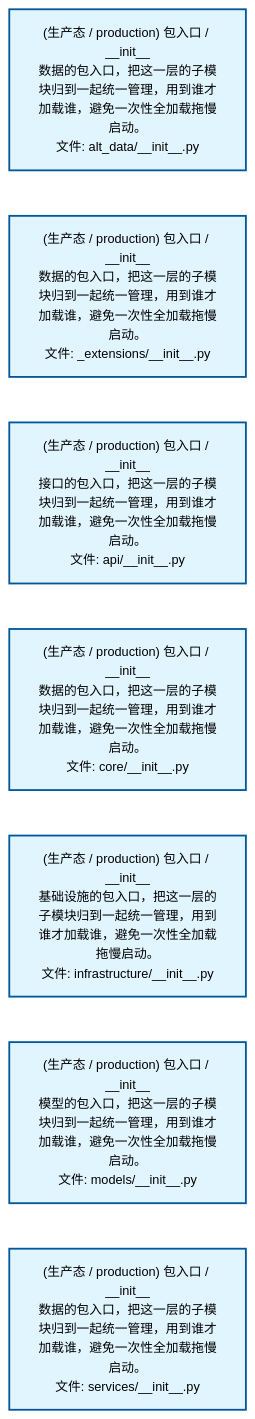
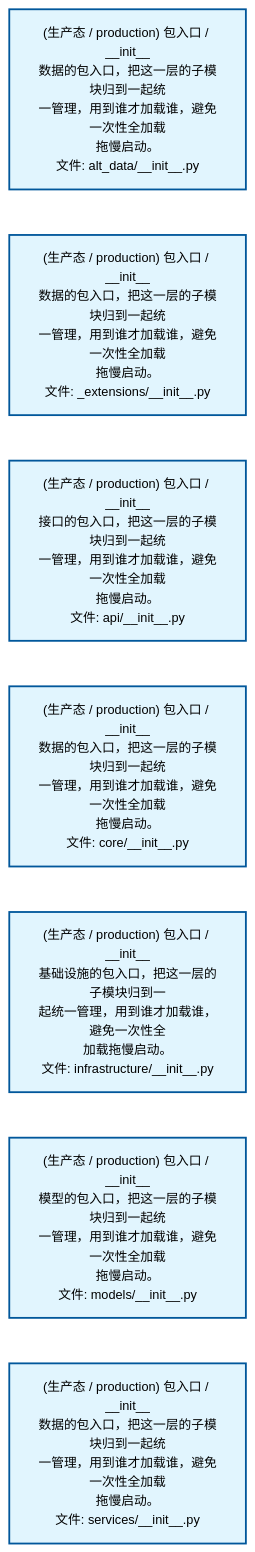
The first of 2 diagrams in docs/02_enterprise_architecture/02_domain_architecture_docs/09_d_alt_data.md (xuanFelixVan/ZephyrAlpha), drawn with Mermaid before and after one commit. The commit also changed other lines of this file and 59 other files, not shown here.

````diff
--- a/docs/02_enterprise_architecture/02_domain_architecture_docs/09_d_alt_data.md
+++ b/docs/02_enterprise_architecture/02_domain_architecture_docs/09_d_alt_data.md
@@ -53,22 +53,22 @@
 ```mermaid
 %%{init: {'theme': 'base', 'themeVariables': {'primaryColor': '#eaeaea', 'primaryTextColor': '#333333', 'primaryBorderColor': '#666666', 'lineColor': '#666666', 'secondaryColor': '#eaeaea', 'tertiaryColor': '#eaeaea', 'fontSize': '14px'}}}%%
 flowchart TD
-    src_zephyr_alt_data_init_py["(生产态 / production) 包入口 / __init__<br/>数据的包入口，把这一层的子模块归到一起统一管理，用到谁才加载谁，避免一次性全加载拖慢启动。<br/>文件: alt_data/__init__.py"]
-    src_zephyr_alt_data_extensions_init_py["(生产态 / production) 包入口 / __init__<br/>数据的包入口，把这一层的子模块归到一起统一管理，用到谁才加载谁，避免一次性全加载拖慢启动。<br/>文件: _extensions/__init__.py"]
-    src_zephyr_alt_data_api_init_py["(生产态 / production) 包入口 / __init__<br/>接口的包入口，把这一层的子模块归到一起统一管理，用到谁才加载谁，避免一次性全加载拖慢启动。<br/>文件: api/__init__.py"]
-    src_zephyr_alt_data_core_init_py["(生产态 / production) 包入口 / __init__<br/>数据的包入口，把这一层的子模块归到一起统一管理，用到谁才加载谁，避免一次性全加载拖慢启动。<br/>文件: core/__init__.py"]
-    src_zephyr_alt_data_infrastructure_init_py["(生产态 / production) 包入口 / __init__<br/>基础设施的包入口，把这一层的子模块归到一起统一管理，用到谁才加载谁，避免一次性全加载拖慢启动。<br/>文件: infrastructure/__init__.py"]
-    src_zephyr_alt_data_models_init_py["(生产态 / production) 包入口 / __init__<br/>模型的包入口，把这一层的子模块归到一起统一管理，用到谁才加载谁，避免一次性全加载拖慢启动。<br/>文件: models/__init__.py"]
-    src_zephyr_alt_data_services_init_py["(生产态 / production) 包入口 / __init__<br/>数据的包入口，把这一层的子模块归到一起统一管理，用到谁才加载谁，避免一次性全加载拖慢启动。<br/>文件: services/__init__.py"]
+    src_zephyr_alt_data_init_py["(生产态 / production) 包入口 / __init__<br/>数据的包入口，把这一层的子模块归到一起统<br/>一管理，用到谁才加载谁，避免一次性全加载<br/>拖慢启动。<br/>文件: alt_data/__init__.py"]
+    src_zephyr_alt_data_extensions_init_py["(生产态 / production) 包入口 / __init__<br/>数据的包入口，把这一层的子模块归到一起统<br/>一管理，用到谁才加载谁，避免一次性全加载<br/>拖慢启动。<br/>文件: _extensions/__init__.py"]
+    src_zephyr_alt_data_api_init_py["(生产态 / production) 包入口 / __init__<br/>接口的包入口，把这一层的子模块归到一起统<br/>一管理，用到谁才加载谁，避免一次性全加载<br/>拖慢启动。<br/>文件: api/__init__.py"]
+    src_zephyr_alt_data_core_init_py["(生产态 / production) 包入口 / __init__<br/>数据的包入口，把这一层的子模块归到一起统<br/>一管理，用到谁才加载谁，避免一次性全加载<br/>拖慢启动。<br/>文件: core/__init__.py"]
+    src_zephyr_alt_data_infrastructure_init_py["(生产态 / production) 包入口 / __init__<br/>基础设施的包入口，把这一层的子模块归到一<br/>起统一管理，用到谁才加载谁，避免一次性全<br/>加载拖慢启动。<br/>文件: infrastructure/__init__.py"]
+    src_zephyr_alt_data_models_init_py["(生产态 / production) 包入口 / __init__<br/>模型的包入口，把这一层的子模块归到一起统<br/>一管理，用到谁才加载谁，避免一次性全加载<br/>拖慢启动。<br/>文件: models/__init__.py"]
+    src_zephyr_alt_data_services_init_py["(生产态 / production) 包入口 / __init__<br/>数据的包入口，把这一层的子模块归到一起统<br/>一管理，用到谁才加载谁，避免一次性全加载<br/>拖慢启动。<br/>文件: services/__init__.py"]
     src_zephyr_alt_data_init_py ~~~ src_zephyr_alt_data_extensions_init_py
     src_zephyr_alt_data_extensions_init_py ~~~ src_zephyr_alt_data_api_init_py
     src_zephyr_alt_data_api_init_py ~~~ src_zephyr_alt_data_core_init_py
     src_zephyr_alt_data_core_init_py ~~~ src_zephyr_alt_data_infrastructure_init_py
     src_zephyr_alt_data_infrastructure_init_py ~~~ src_zephyr_alt_data_models_init_py
     src_zephyr_alt_data_models_init_py ~~~ src_zephyr_alt_data_services_init_py
     classDef production fill:#e1f5fe,stroke:#01579b,stroke-width:2px,color:#000
     classDef design fill:#fff3e0,stroke:#e65100,stroke-width:2px,color:#000,stroke-dasharray: 5 5
     classDef external_prod fill:#e8f4fd,stroke:#0277bd,stroke-width:1px,color:#000
     classDef external_design fill:#fff8e7,stroke:#ef6c00,stroke-width:1px,color:#000,stroke-dasharray: 5 5
     class src_zephyr_alt_data_init_py,src_zephyr_alt_data_extensions_init_py,src_zephyr_alt_data_api_init_py,src_zephyr_alt_data_core_init_py,src_zephyr_alt_data_infrastructure_init_py,src_zephyr_alt_data_models_init_py,src_zephyr_alt_data_services_init_py production
 ```
````
